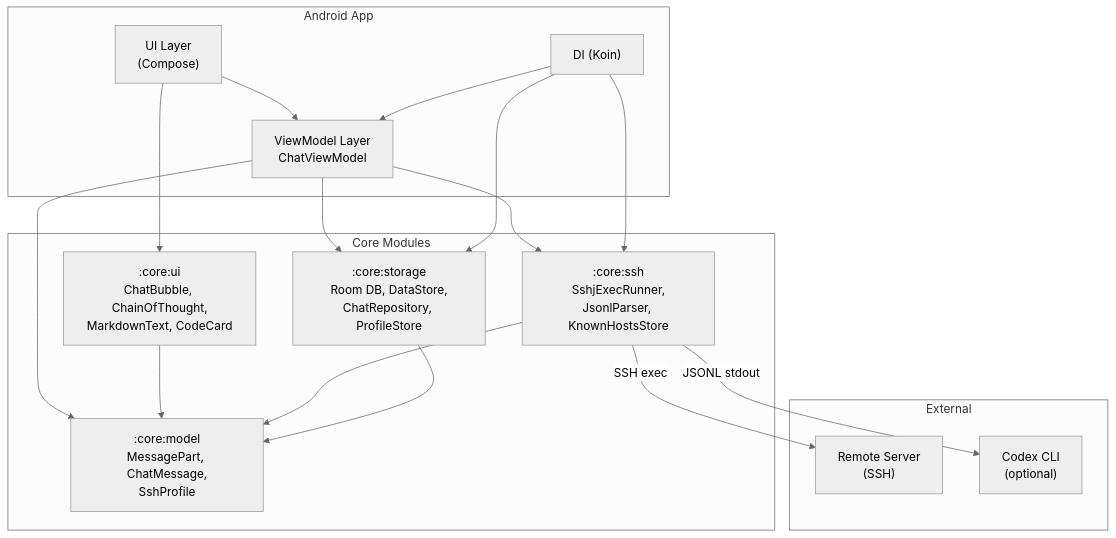
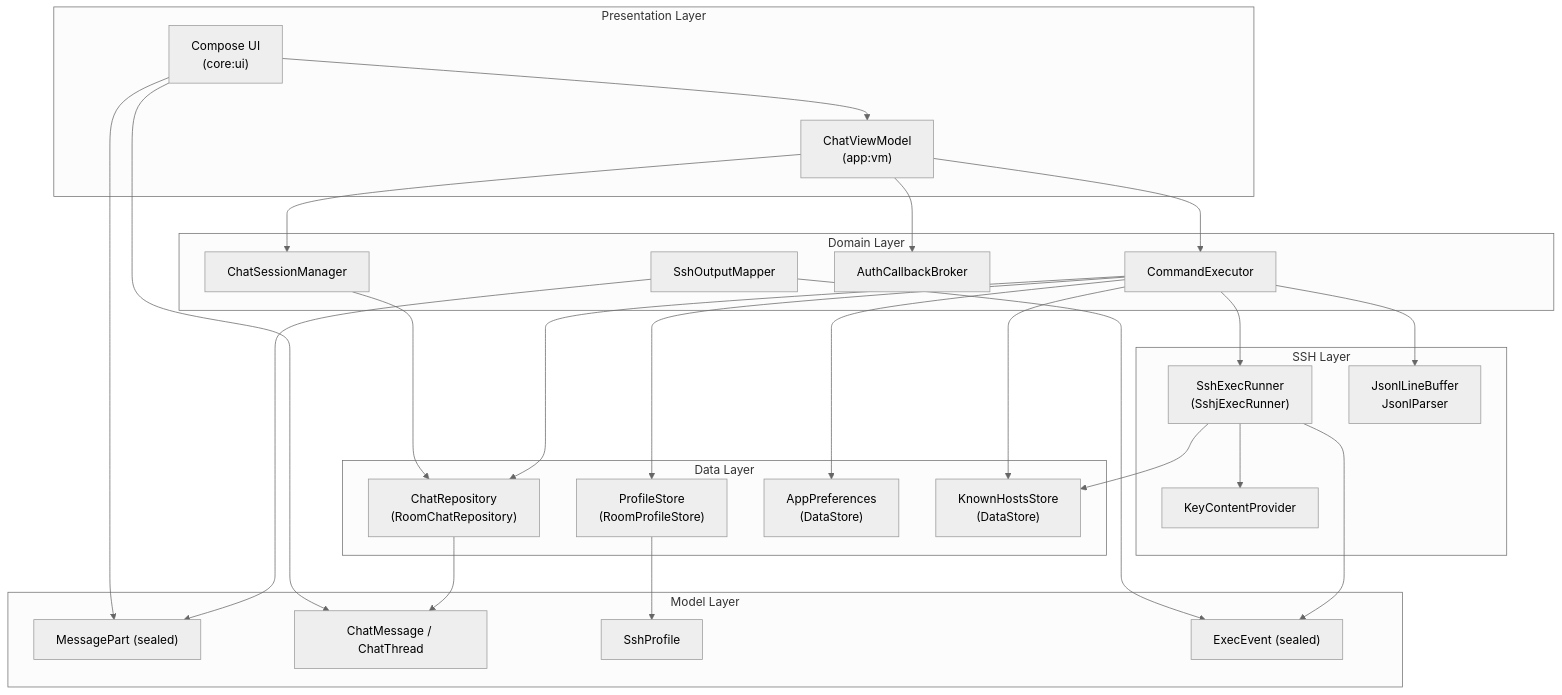
One commit to DeliciousBuding/RikkaAgent changed the first of 6 diagrams in docs/architecture.md. Above: the diagram before and after it, drawn with Mermaid (neutral theme). The commit also changed other lines of this file and 18 other files, not shown here.

First line of the commit message:
feat(opus-spec): deep architecture review + security spec + testing spec + PRD

````diff
--- a/docs/architecture.md
+++ b/docs/architecture.md
@@ -9,34 +12,55 @@
 ```mermaid
 graph TB
-    subgraph "Android App"
-        UI["UI Layer<br/>(Compose)"]
-        VM["ViewModel Layer<br/>ChatViewModel"]
-        DI["DI (Koin)"]
+    subgraph Presentation["Presentation Layer"]
+        UI["Compose UI<br/>(core:ui)"]
+        VM["ChatViewModel<br/>(app:vm)"]
     end
 
-    subgraph "Core Modules"
-        MODEL[":core:model<br/>MessagePart, ChatMessage,<br/>SshProfile"]
-        UI_CORE[":core:ui<br/>ChatBubble, ChainOfThought,<br/>MarkdownText, CodeCard"]
-        SSH[":core:ssh<br/>SshjExecRunner,<br/>JsonlParser, KnownHostsStore"]
-        STORAGE[":core:storage<br/>Room DB, DataStore,<br/>ChatRepository, ProfileStore"]
+    subgraph Domain["Domain Layer"]
+        CM["CommandExecutor"]
+        SM["ChatSessionManager"]
+        AB["AuthCallbackBroker"]
+        SOM["SshOutputMapper"]
     end
 
-    subgraph "External"
-        REMOTE["Remote Server<br/>(SSH)"]
-        CODEX["Codex CLI<br/>(optional)"]
+    subgraph Data["Data Layer"]
+        CR["ChatRepository<br/>(RoomChatRepository)"]
+        PS["ProfileStore<br/>(RoomProfileStore)"]
+        AP["AppPreferences<br/>(DataStore)"]
+        KHS["KnownHostsStore<br/>(DataStore)"]
+    end
+
+    subgraph SSH["SSH Layer"]
+        SER["SshExecRunner<br/>(SshjExecRunner)"]
+        JLP["JsonlLineBuffer<br/>JsonlParser"]
+        KCP["KeyContentProvider"]
+    end
+
+    subgraph Model["Model Layer"]
+        MP["MessagePart (sealed)"]
+        CM_model["ChatMessage / ChatThread"]
+        SP["SshProfile"]
+        EE["ExecEvent (sealed)"]
     end
 
     UI --> VM
-    VM --> MODEL
-    VM --> SSH
-    VM --> STORAGE
-    UI --> UI_CORE
-    UI_CORE --> MODEL
-    SSH --> MODEL
-    STORAGE --> MODEL
-    DI --> VM
-    DI --> SSH
-    DI --> STORAGE
-    SSH -->|"SSH exec"| REMOTE
-    SSH -->|"JSONL stdout"| CODEX
+    VM --> CM
+    VM --> SM
+    VM --> AB
+    CM --> SER
+    CM --> JLP
+    CM --> CR
+    CM --> PS
+    CM --> AP
+    CM --> KHS
+    SM --> CR
+    SER --> KHS
+    SER --> KCP
+    SER --> EE
+    SOM --> EE
+    SOM --> MP
+    CR --> CM_model
+    PS --> SP
+    UI --> MP
+    UI --> CM_model
 ```
````
